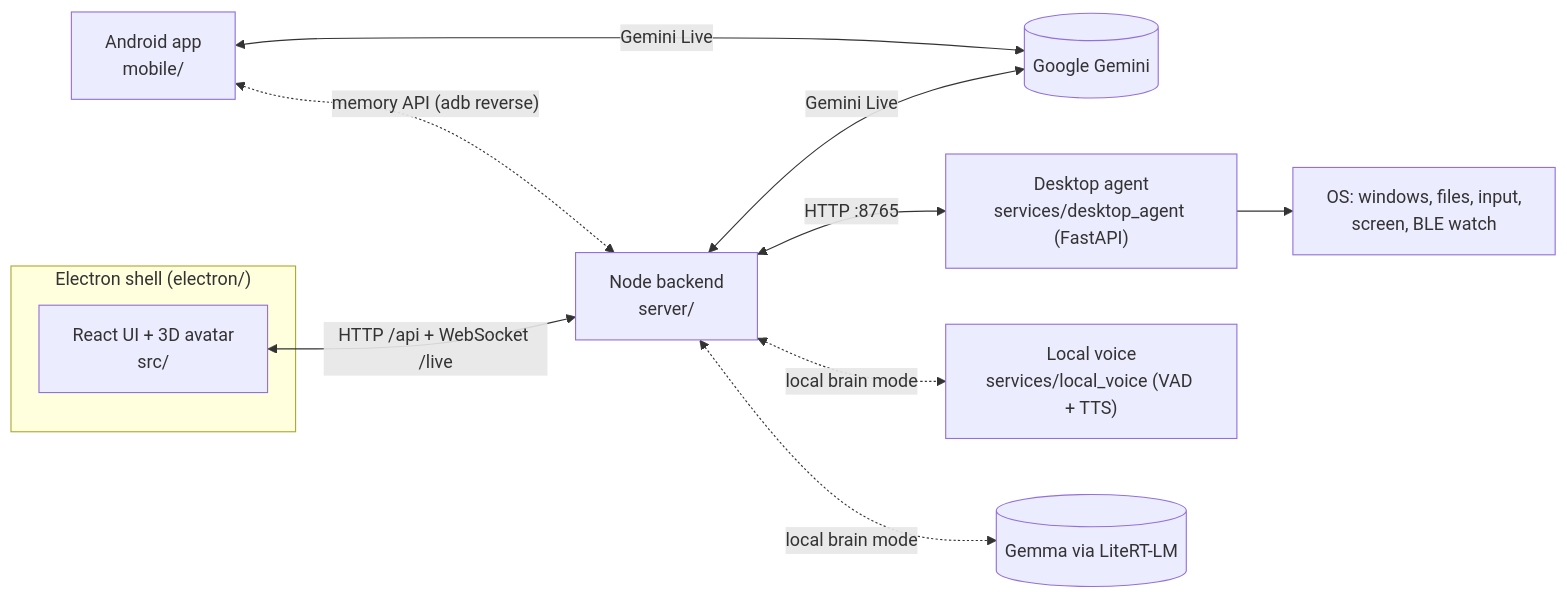
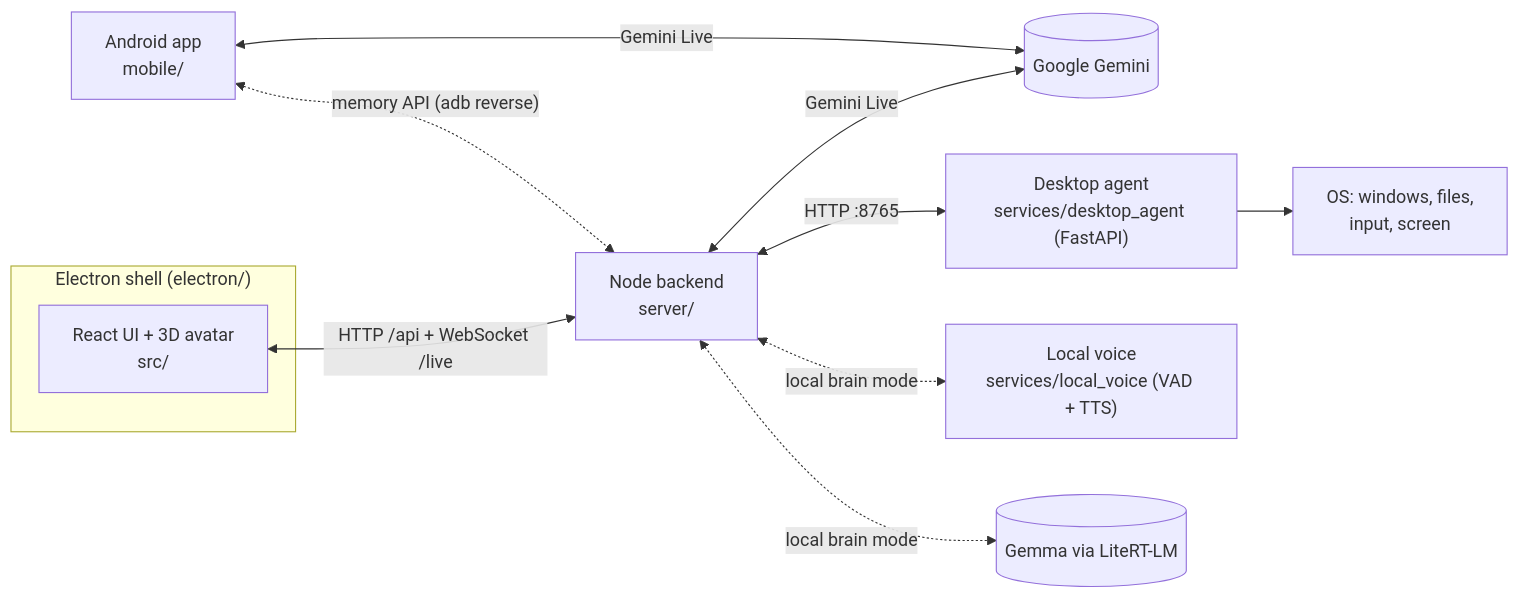
Before and after one commit to samarthrao34/SIYA: the first of 2 diagrams in README.md, drawn with Mermaid. The commit also changed other lines of this file and 13 other files, not shown here.

First line of the commit message:
Remove the smartwatch feature and add the robot body roadmap

````diff
--- a/README.md
+++ b/README.md
@@ -54,14 +53,14 @@
 ```mermaid
 flowchart LR
   subgraph Electron["Electron shell (electron/)"]
     UI["React UI + 3D avatar<br/>src/"]
   end
   UI <-- "HTTP /api + WebSocket /live" --> Server["Node backend<br/>server/"]
   Server <-- "Gemini Live" --> Gemini[(Google Gemini)]
   Server <-- "HTTP :8765" --> Agent["Desktop agent<br/>services/desktop_agent (FastAPI)"]
   Server <-. "local brain mode" .-> Voice["Local voice<br/>services/local_voice (VAD + TTS)"]
   Server <-. "local brain mode" .-> LLM[(Gemma via LiteRT-LM)]
-  Agent --> OS["OS: windows, files, input,<br/>screen, BLE watch"]
+  Agent --> OS["OS: windows, files,<br/>input, screen"]
   Phone["Android app<br/>mobile/"] <-- "Gemini Live" --> Gemini
   Phone <-. "memory API (adb reverse)" .-> Server
 ```
````
